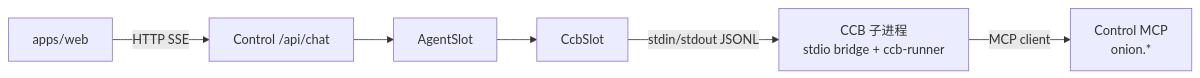
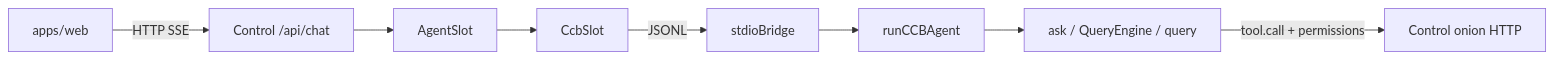
Before and after one commit to haozhang46/contractWrapper: the diagram in docs/superpowers/specs/2026-07-17-harness-agent-slot-stdio-design.md, drawn with Mermaid. The commit also changed other lines of this file and 4 other files, not shown here.

First line of the commit message:
docs: align Slot/T4 specs with ask() loop and charter naming

````diff
--- a/docs/superpowers/specs/2026-07-17-harness-agent-slot-stdio-design.md
+++ b/docs/superpowers/specs/2026-07-17-harness-agent-slot-stdio-design.md
@@ -43,15 +53,19 @@
 ```mermaid
 flowchart LR
   Web["apps/web"]
   Chat["Control /api/chat"]
   Slot["AgentSlot"]
   CcbSlot["CcbSlot"]
-  Proc["CCB 子进程\nstdio bridge + ccb-runner"]
-  MCP["Control MCP\nonion.*"]
+  Bridge["stdioBridge"]
+  Runner["runCCBAgent"]
+  QE["ask / QueryEngine / query"]
+  Onion["Control onion HTTP"]
 
   Web -->|HTTP SSE| Chat
   Chat --> Slot
   Slot --> CcbSlot
-  CcbSlot -->|stdin/stdout JSONL| Proc
-  Proc -->|MCP client| MCP
+  CcbSlot -->|JSONL| Bridge
+  Bridge --> Runner
+  Runner --> QE
+  QE -->|tool.call + permissions| Onion
 ```
````
